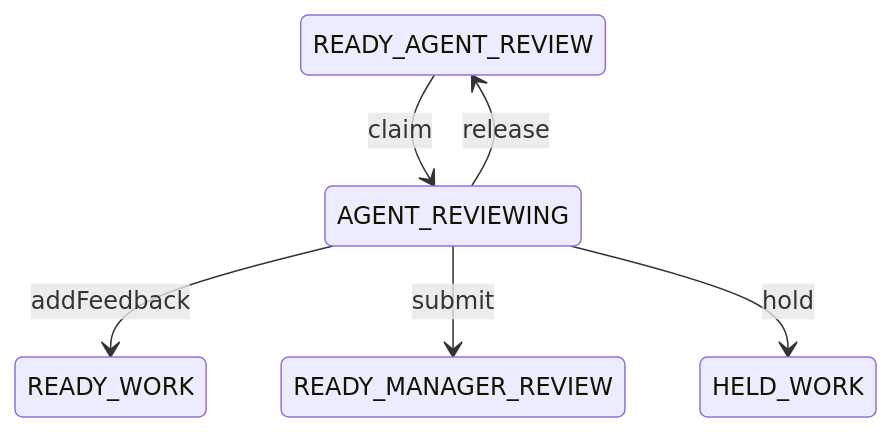
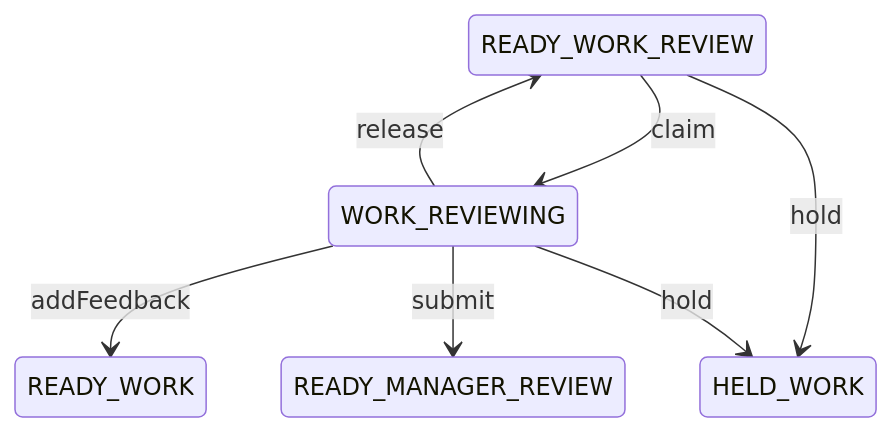
One commit to Pyrolistical/task-graph-template changed the eighth of 11 diagrams in README.md. Above: the diagram before and after it, drawn with Mermaid. The commit also changed other lines of this file and 66 other files, not shown here.

````diff
--- a/README.md
+++ b/README.md
@@ -618,8 +256,9 @@
 ```mermaid
 stateDiagram-v2
-    READY_AGENT_REVIEW --> AGENT_REVIEWING : claim
-    AGENT_REVIEWING --> READY_WORK : addFeedback
-    AGENT_REVIEWING --> READY_MANAGER_REVIEW : submit
-    AGENT_REVIEWING --> HELD_WORK : hold
-    AGENT_REVIEWING --> READY_AGENT_REVIEW : release
+    READY_WORK_REVIEW --> WORK_REVIEWING : claim
+    READY_WORK_REVIEW --> HELD_WORK : hold
+    WORK_REVIEWING --> READY_WORK : addFeedback
+    WORK_REVIEWING --> READY_MANAGER_REVIEW : submit
+    WORK_REVIEWING --> HELD_WORK : hold
+    WORK_REVIEWING --> READY_WORK_REVIEW : release
 ```
````
